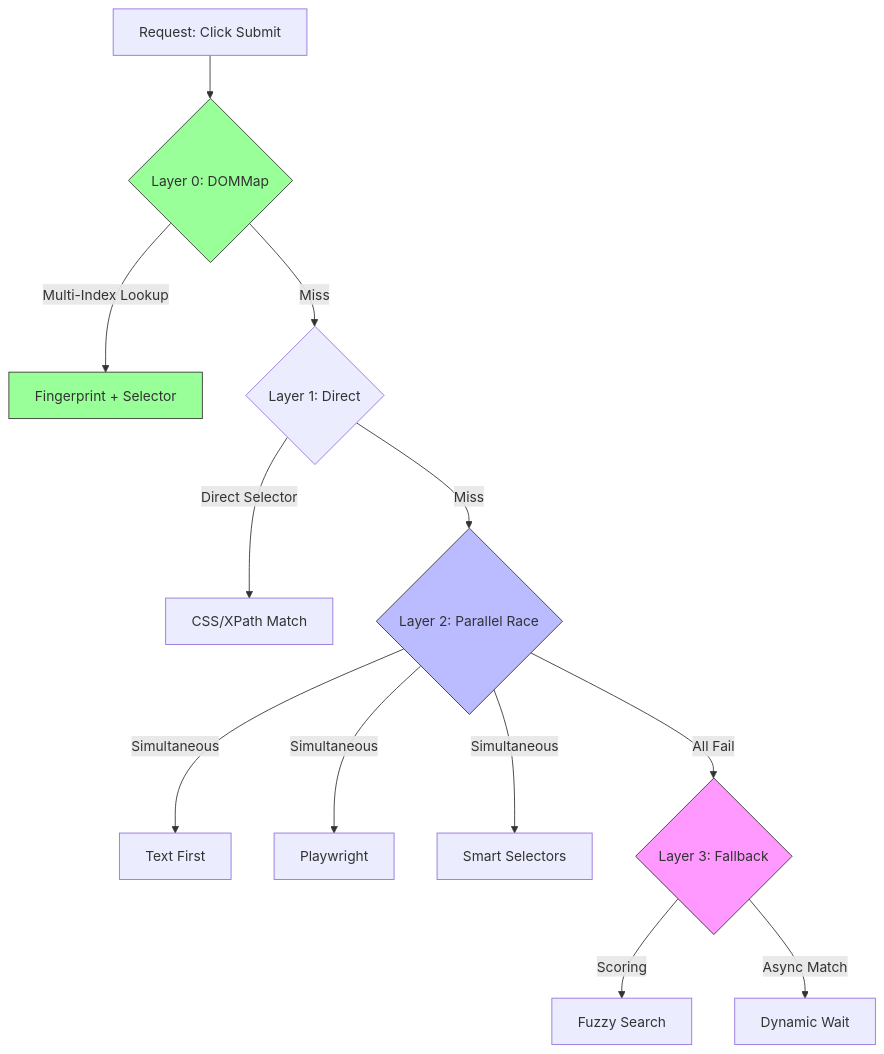
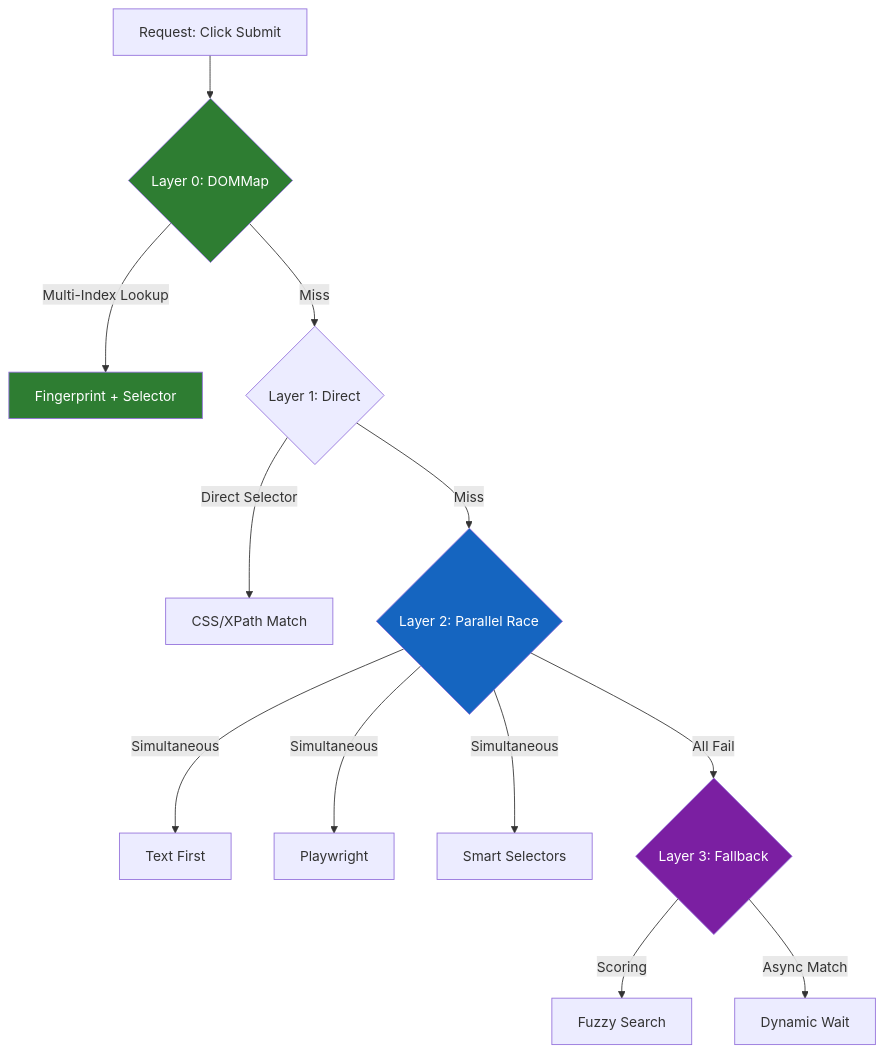
The diagram in README.md (suhaibbinyounis/llm-web-agent), drawn with Mermaid before and after one commit.

Commit message:
fix: Improve mermaid diagram color readability

````diff
--- a/README.md
+++ b/README.md
@@ -35,19 +35,19 @@
 ```mermaid
 graph TD
     A["Request: Click Submit"] --> B{"Layer 0: DOMMap"}
     B -->|Multi-Index Lookup| C["Fingerprint + Selector"]
     B -->|Miss| D{"Layer 1: Direct"}
     D -->|Direct Selector| E["CSS/XPath Match"]
     D -->|Miss| F{"Layer 2: Parallel Race"}
     F -->|Simultaneous| G["Text First"]
     F -->|Simultaneous| H["Playwright"]
     F -->|Simultaneous| I["Smart Selectors"]
     F -->|All Fail| J{"Layer 3: Fallback"}
     J -->|Scoring| K["Fuzzy Search"]
     J -->|Async Match| L["Dynamic Wait"]
     
-    style B fill:#9f9,stroke:#333
-    style C fill:#9f9,stroke:#333
-    style F fill:#bbf,stroke:#333
-    style J fill:#f9f,stroke:#333
+    style B fill:#2e7d32,color:#fff
+    style C fill:#2e7d32,color:#fff
+    style F fill:#1565c0,color:#fff
+    style J fill:#7b1fa2,color:#fff
 ```
````
